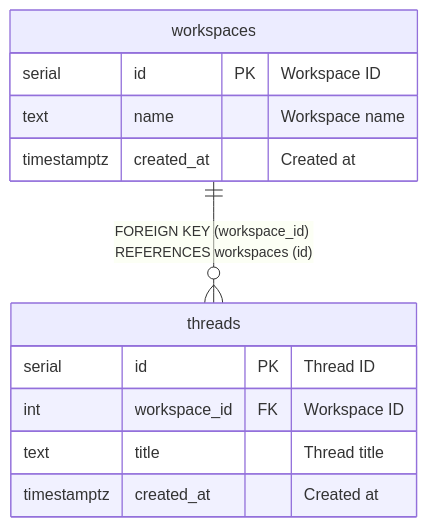
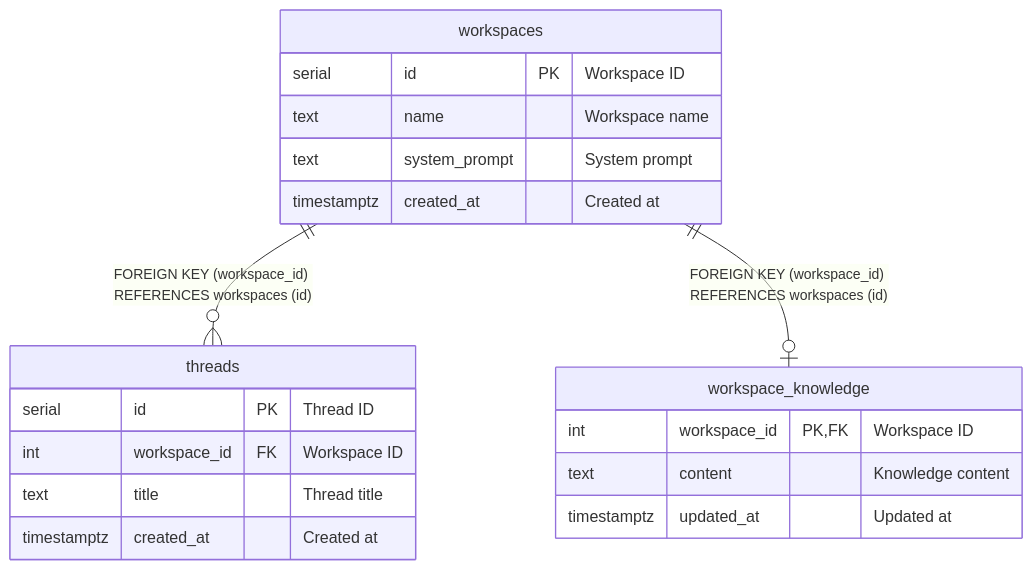
One commit to k-kanke/ai-workspace-platform changed the diagram in docs/schema/workspaces.md. Above: the diagram before and after it, drawn with Mermaid. The commit also changed other lines of this file and 3 other files, not shown here.

Commit message:
db schema

````diff
--- a/docs/schema/workspaces.md
+++ b/docs/schema/workspaces.md
@@ -40,17 +42,24 @@
 ```mermaid
 erDiagram
 
 "workspaces" ||--o{ "threads" : "FOREIGN KEY (workspace_id) REFERENCES workspaces (id)"
+"workspaces" ||--o| "workspace_knowledge" : "FOREIGN KEY (workspace_id) REFERENCES workspaces (id)"
 
 "workspaces" {
   serial id PK "Workspace ID"
   text name "Workspace name"
+  text system_prompt "System prompt"
   timestamptz created_at "Created at"
 }
 "threads" {
   serial id PK "Thread ID"
   int workspace_id FK "Workspace ID"
   text title "Thread title"
   timestamptz created_at "Created at"
 }
+ "workspace_knowledge" {
+  int workspace_id PK, FK "Workspace ID"
+  text content "Knowledge content"
+  timestamptz updated_at "Updated at"
+}
 ```
````
